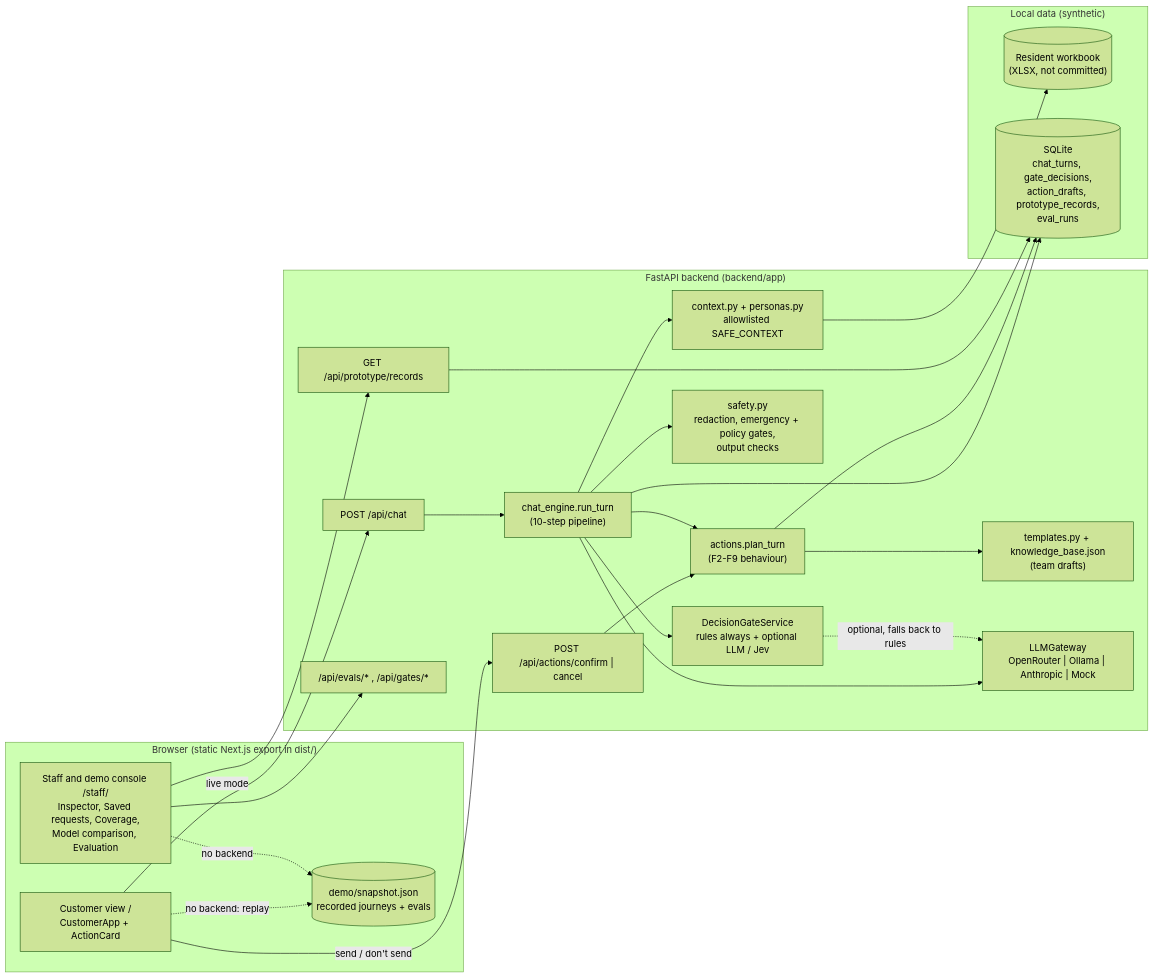
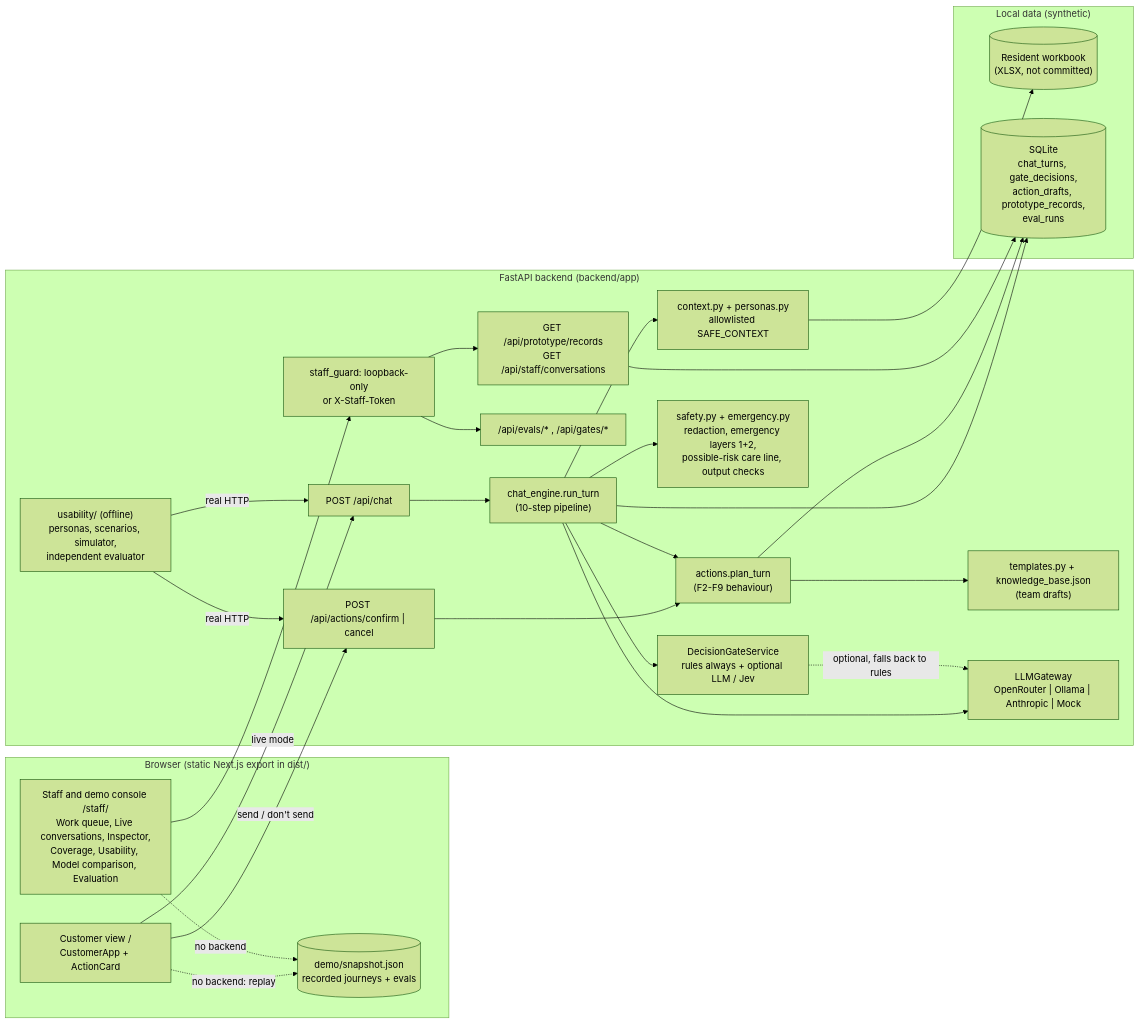
One commit to Ross-Business-Tech/McKinley-Project-1 changed the diagram in docs/diagrams/system-architecture.md. Above: the diagram before and after it, drawn with Mermaid (forest theme). The commit also changed 26 other files, not shown here.

````diff
--- a/docs/diagrams/system-architecture.md
+++ b/docs/diagrams/system-architecture.md
@@ -5,47 +5,52 @@
 ```mermaid
 flowchart LR
   subgraph Browser["Browser (static Next.js export in dist/)"]
     CV["Customer view /<br/>CustomerApp + ActionCard"]
-    SC["Staff and demo console /staff/<br/>Inspector, Saved requests, Coverage,<br/>Model comparison, Evaluation"]
+    SC["Staff and demo console /staff/<br/>Work queue, Live conversations, Inspector,<br/>Coverage, Usability, Model comparison, Evaluation"]
     SNAP[("demo/snapshot.json<br/>recorded journeys + evals")]
   end
 
   subgraph API["FastAPI backend (backend/app)"]
     CHAT["POST /api/chat"]
     ACT["POST /api/actions/confirm | cancel"]
-    REC["GET /api/prototype/records"]
+    REC["GET /api/prototype/records<br/>GET /api/staff/conversations"]
     EV["/api/evals/* , /api/gates/*"]
+    GUARD["staff_guard: loopback-only<br/>or X-Staff-Token"]
     ENG["chat_engine.run_turn<br/>(10-step pipeline)"]
     PLAN["actions.plan_turn<br/>(F2-F9 behaviour)"]
     GATE["DecisionGateService<br/>rules always + optional LLM / Jev"]
-    SAFE["safety.py<br/>redaction, emergency + policy gates,<br/>output checks"]
+    SAFE["safety.py + emergency.py<br/>redaction, emergency layers 1+2,<br/>possible-risk care line, output checks"]
+    UX["usability/ (offline)<br/>personas, scenarios, simulator,<br/>independent evaluator"]
     CTX["context.py + personas.py<br/>allowlisted SAFE_CONTEXT"]
     TPL["templates.py + knowledge_base.json<br/>(team drafts)"]
     LLM["LLMGateway<br/>OpenRouter | Ollama | Anthropic | Mock"]
   end
 
   subgraph Data["Local data (synthetic)"]
     XLSX[("Resident workbook<br/>(XLSX, not committed)")]
     DB[("SQLite<br/>chat_turns, gate_decisions,<br/>action_drafts, prototype_records,<br/>eval_runs")]
   end
 
   CV -- "live mode" --> CHAT
   CV -- "send / don't send" --> ACT
   CV -. "no backend: replay" .-> SNAP
-  SC --> REC
-  SC --> EV
+  SC --> GUARD
+  GUARD --> REC
+  GUARD --> EV
+  UX -- "real HTTP" --> CHAT
+  UX -- "real HTTP" --> ACT
   SC -. "no backend" .-> SNAP
   CHAT --> ENG
   ACT --> PLAN
   ENG --> SAFE
   ENG --> CTX
   ENG --> GATE
   ENG --> PLAN
   PLAN --> TPL
   ENG --> LLM
   GATE -. "optional, falls back to rules" .-> LLM
   CTX --> XLSX
   ENG --> DB
   PLAN --> DB
   REC --> DB
 ```
````
